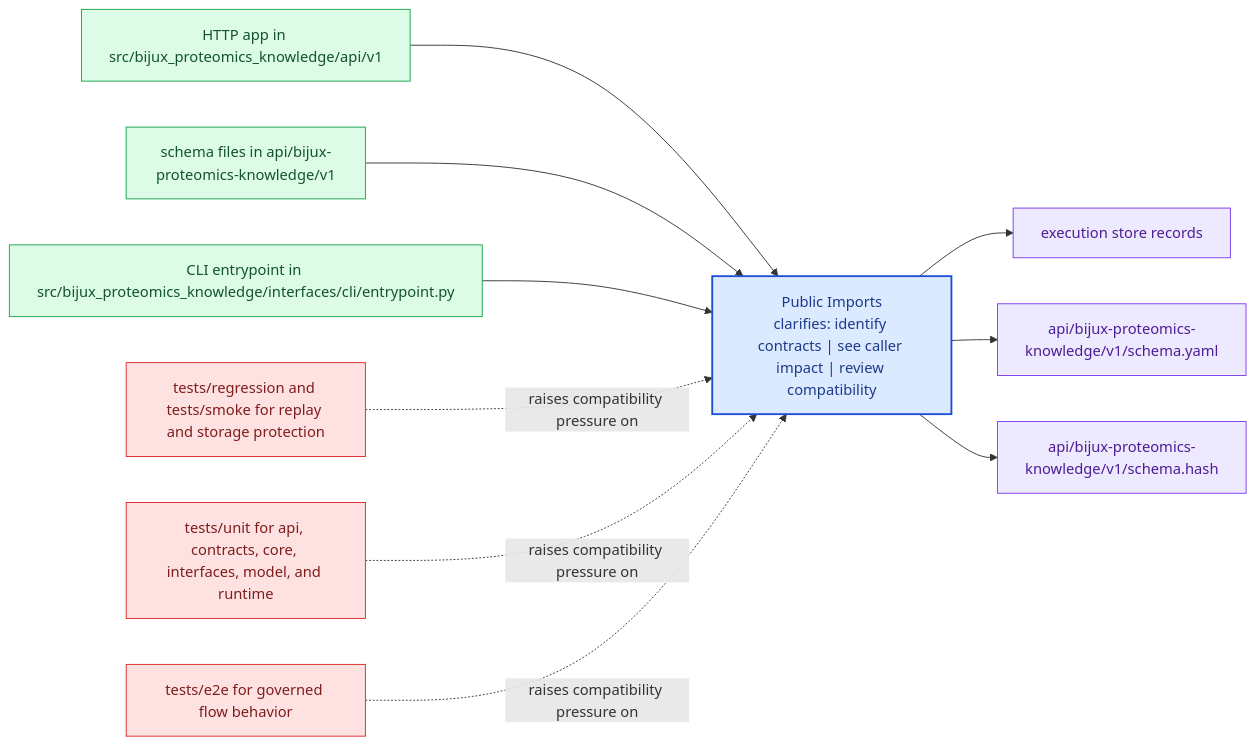
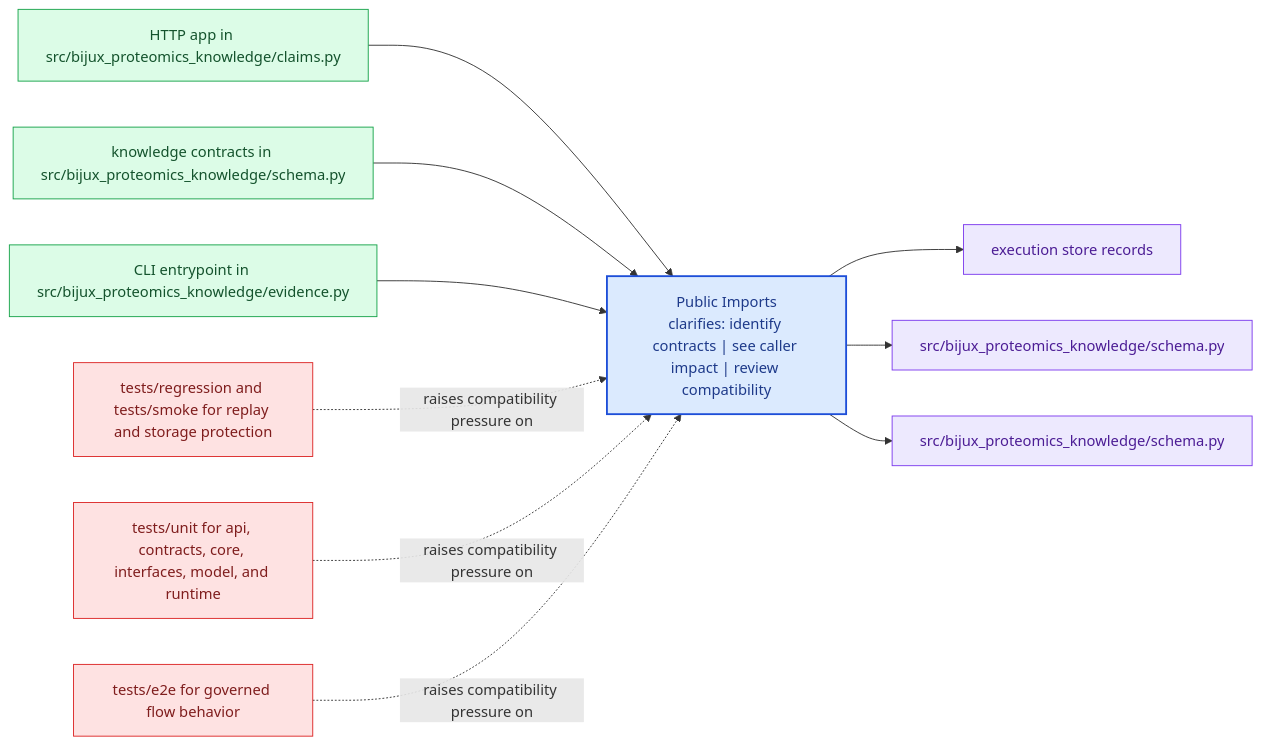
The diagram in docs/bijux-proteomics-knowledge/interfaces/public-imports.md (bijux/bijux-proteomics), drawn with Mermaid before and after one commit. The commit also changed other lines of this file and 24 other files, not shown here.

Commit message:
docs(bijux-proteomics-knowledge): align handbook with evidence and claim system boundaries

````diff
--- a/docs/bijux-proteomics-knowledge/interfaces/public-imports.md
+++ b/docs/bijux-proteomics-knowledge/interfaces/public-imports.md
@@ -23,31 +23,31 @@
 ```mermaid
 flowchart LR
     page["Public Imports<br/>clarifies: identify contracts | see caller impact | review compatibility"]
     classDef page fill:#dbeafe,stroke:#1d4ed8,color:#1e3a8a,stroke-width:2px;
     classDef positive fill:#dcfce7,stroke:#16a34a,color:#14532d;
     classDef caution fill:#fee2e2,stroke:#dc2626,color:#7f1d1d;
     classDef anchor fill:#ede9fe,stroke:#7c3aed,color:#4c1d95;
     classDef action fill:#fef3c7,stroke:#d97706,color:#7c2d12;
-    surface1["HTTP app in src/bijux_proteomics_knowledge/api/v1"]
+    surface1["HTTP app in src/bijux_proteomics_knowledge/claims.py"]
     surface1 --> page
-    surface2["schema files in api/bijux-proteomics-knowledge/v1"]
+    surface2["knowledge contracts in src/bijux_proteomics_knowledge/schema.py"]
     surface2 --> page
-    surface3["CLI entrypoint in src/bijux_proteomics_knowledge/interfaces/cli/entrypoint.py"]
+    surface3["CLI entrypoint in src/bijux_proteomics_knowledge/evidence.py"]
     surface3 --> page
     proof1["execution store records"]
     page --> proof1
-    proof2["api/bijux-proteomics-knowledge/v1/schema.yaml"]
+    proof2["src/bijux_proteomics_knowledge/schema.py"]
     page --> proof2
-    proof3["api/bijux-proteomics-knowledge/v1/schema.hash"]
+    proof3["src/bijux_proteomics_knowledge/schema.py"]
     page --> proof3
     review1["tests/regression and tests/smoke for replay and storage protection"]
     review1 -.raises compatibility pressure on.-> page
     review2["tests/unit for api, contracts, core, interfaces, model, and runtime"]
     review2 -.raises compatibility pressure on.-> page
     review3["tests/e2e for governed flow behavior"]
     review3 -.raises compatibility pressure on.-> page
     class page page;
     class surface1,surface2,surface3 positive;
     class proof1,proof2,proof3 anchor;
     class review1,review2,review3 caution;
 ```
````
